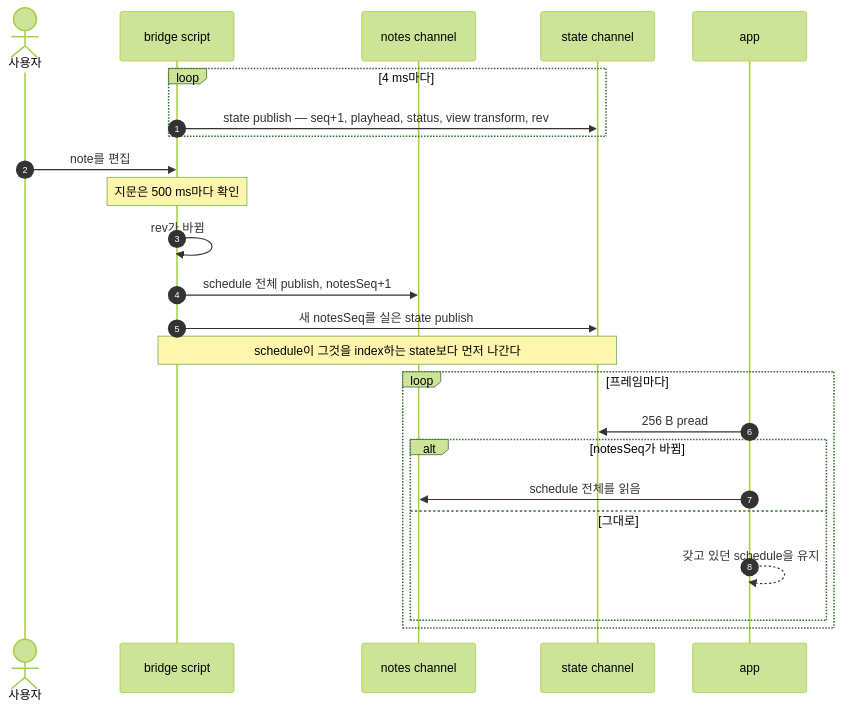
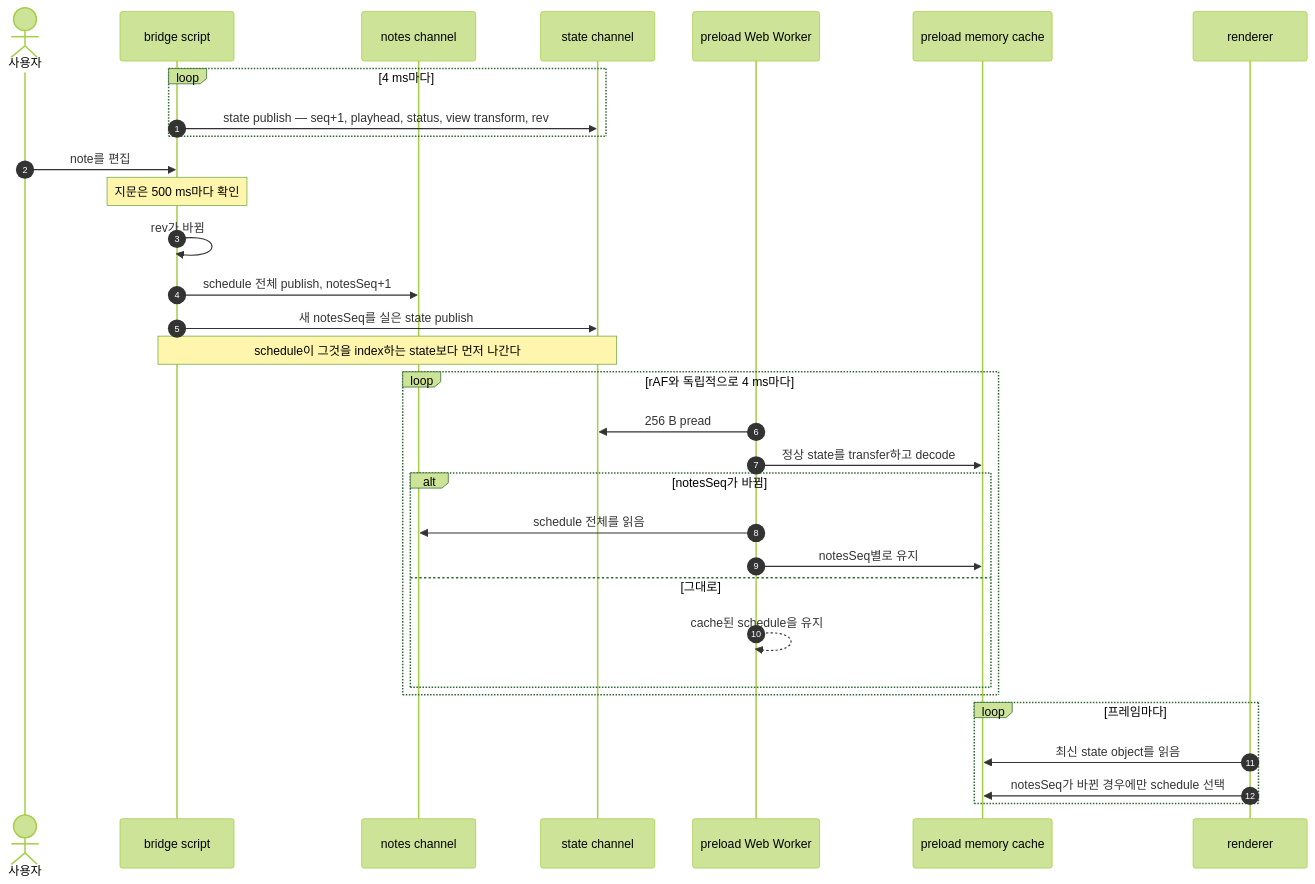
The diagram in docs/bridge.ko.md (0x1f320/karaoke-v), drawn with Mermaid (forest theme) before and after one commit. The commit also changed other lines of this file and 31 other files, not shown here.

````diff
--- a/docs/bridge.ko.md
+++ b/docs/bridge.ko.md
@@ -68,30 +68,39 @@
 ```mermaid
 sequenceDiagram
     autonumber
     actor U as 사용자
     participant S as bridge script
     participant N as notes channel
     participant T as state channel
-    participant A as app
+    participant W as preload Web Worker
+    participant M as preload memory cache
+    participant A as renderer
 
     loop 4 ms마다
         S->>T: state publish — seq+1, playhead, status, view transform, rev
     end
 
     U->>S: note를 편집
     Note over S: 지문은 500 ms마다 확인
     S->>S: rev가 바뀜
     S->>N: schedule 전체 publish, notesSeq+1
     S->>T: 새 notesSeq를 실은 state publish
 
     Note over S,T: schedule이 그것을 index하는 state보다 먼저 나간다
 
-    loop 프레임마다
-        A->>T: 256 B pread
+    loop rAF와 독립적으로 4 ms마다
+        W->>T: 256 B pread
+        W->>M: 정상 state를 transfer하고 decode
         alt notesSeq가 바뀜
-            A->>N: schedule 전체를 읽음
+            W->>N: schedule 전체를 읽음
+            W->>M: notesSeq별로 유지
         else 그대로
-            A-->>A: 갖고 있던 schedule을 유지
+            W-->>W: cache된 schedule을 유지
         end
     end
+
+    loop 프레임마다
+        A->>M: 최신 state object를 읽음
+        A->>M: notesSeq가 바뀐 경우에만 schedule 선택
+    end
 ```
````
